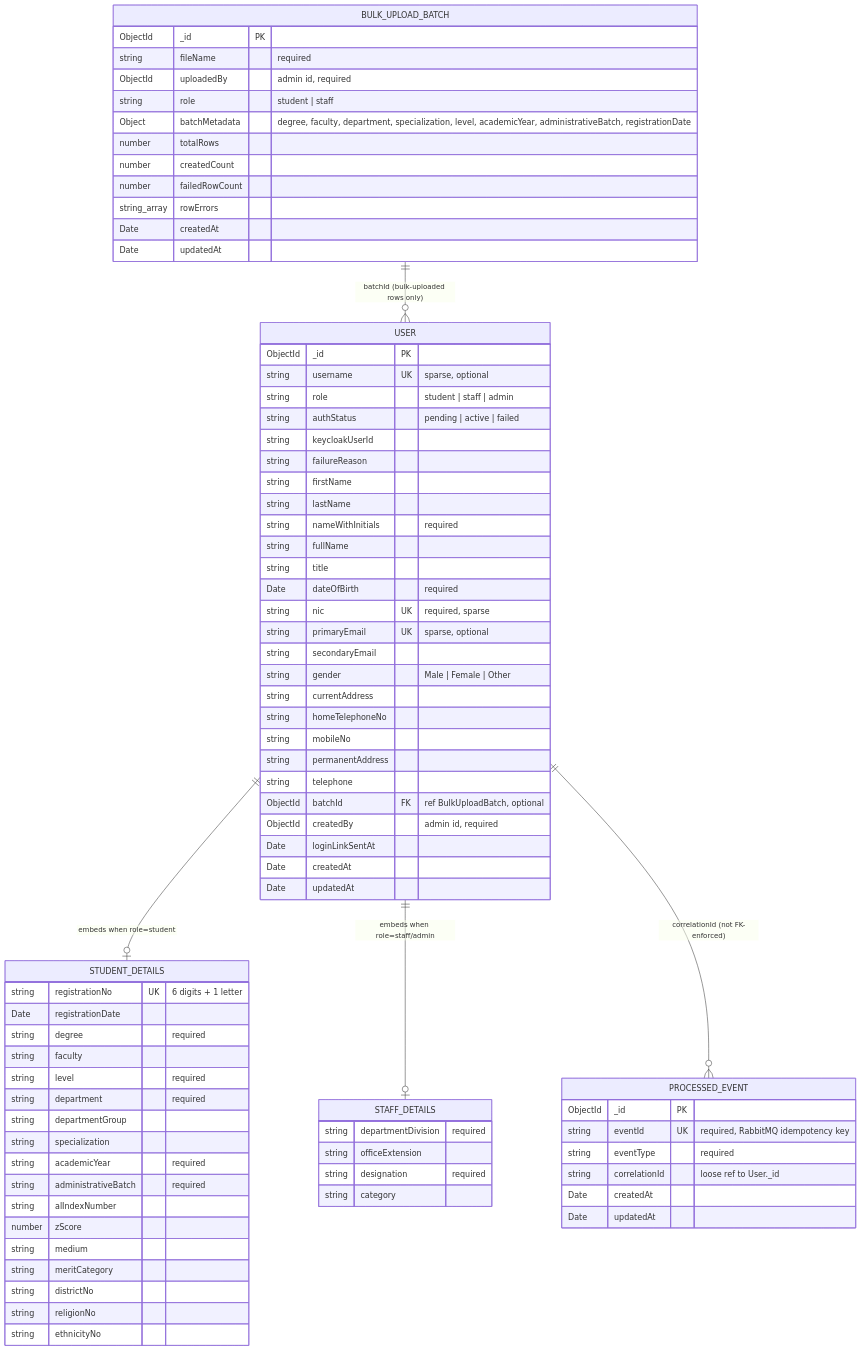
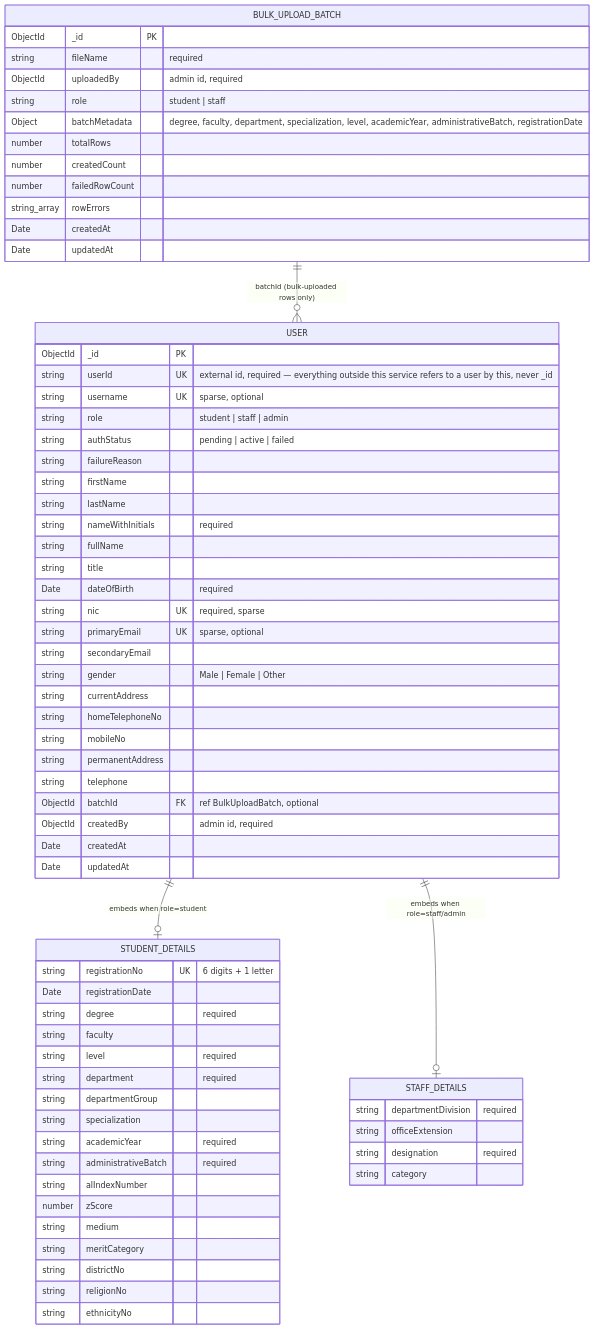
One commit to NanduHasaranga/uom-mis-backend changed the diagram in apps/user-management/README.md. Above: the diagram before and after it, drawn with Mermaid. The commit also changed other lines of this file and 20 other files, not shown here.

````diff
--- a/apps/user-management/README.md
+++ b/apps/user-management/README.md
@@ -237,10 +226,10 @@
 erDiagram
     USER {
         ObjectId _id PK
+        string userId UK "external id, required — everything outside this service refers to a user by this, never _id"
         string username UK "sparse, optional"
         string role "student | staff | admin"
         string authStatus "pending | active | failed"
-        string keycloakUserId
         string failureReason
         string firstName
         string lastName
@@ -259,7 +248,6 @@
         string telephone
         ObjectId batchId FK "ref BulkUploadBatch, optional"
         ObjectId createdBy "admin id, required"
-        Date loginLinkSentAt
         Date createdAt
         Date updatedAt
     }
@@ -305,17 +293,7 @@
         Date updatedAt
     }
 
-    PROCESSED_EVENT {
-        ObjectId _id PK
-        string eventId UK "required, RabbitMQ idempotency key"
-        string eventType "required"
-        string correlationId "loose ref to User._id"
-        Date createdAt
-        Date updatedAt
-    }
-
     USER ||--o| STUDENT_DETAILS : "embeds when role=student"
     USER ||--o| STAFF_DETAILS : "embeds when role=staff/admin"
     BULK_UPLOAD_BATCH ||--o{ USER : "batchId (bulk-uploaded rows only)"
-    USER ||--o{ PROCESSED_EVENT : "correlationId (not FK-enforced)"
 ```
````
